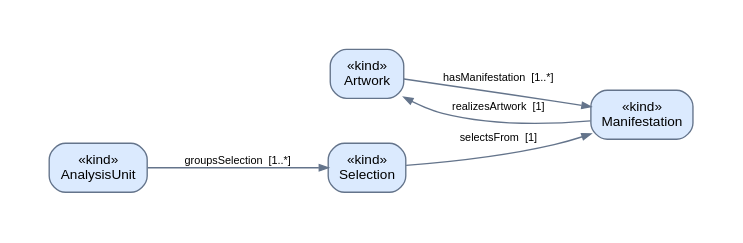
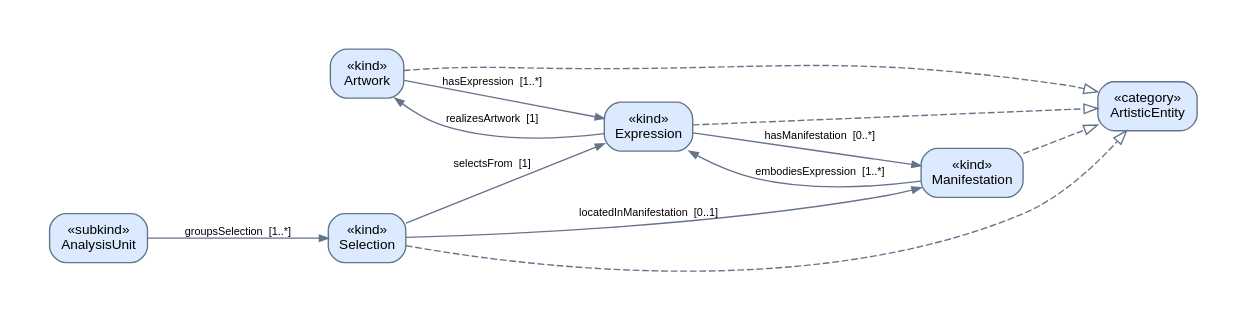
One commit to jeffersonspeck/artistic-reality-ontology changed the diagram in model/diagrams/artwork.dot. Above: the diagram before and after it, drawn with Graphviz. The commit also changed 158 other files, not shown here.

```diff
--- a/model/diagrams/artwork.dot
+++ b/model/diagrams/artwork.dot
@@ -1,14 +1,23 @@
 // Generated by scripts/build.py from model/conceptual-model.json. Do not edit by hand.
 digraph ontology {
 graph [rankdir=LR, bgcolor="white", pad="0.4", nodesep="0.35", ranksep="0.75", fontname="Arial"];
 node [shape=box, style="rounded,filled", color="#64748b", fontname="Arial", fontsize=10];
 edge [color="#64748b", fontname="Arial", fontsize=8];
+"ArtisticEntity" [label="«category»\nArtisticEntity",fillcolor="#dbeafe"];
 "Artwork" [label="«kind»\nArtwork",fillcolor="#dbeafe"];
+"Expression" [label="«kind»\nExpression",fillcolor="#dbeafe"];
 "Manifestation" [label="«kind»\nManifestation",fillcolor="#dbeafe"];
 "Selection" [label="«kind»\nSelection",fillcolor="#dbeafe"];
-"AnalysisUnit" [label="«kind»\nAnalysisUnit",fillcolor="#dbeafe"];
-"Artwork" -> "Manifestation" [label="hasManifestation  [1..*]",arrowsize=.65];
-"Manifestation" -> "Artwork" [label="realizesArtwork  [1]",arrowsize=.65];
-"Selection" -> "Manifestation" [label="selectsFrom  [1]",arrowsize=.65];
+"AnalysisUnit" [label="«subkind»\nAnalysisUnit",fillcolor="#dbeafe"];
+"Artwork" -> "Expression" [label="hasExpression  [1..*]",arrowsize=.65];
+"Expression" -> "Artwork" [label="realizesArtwork  [1]",arrowsize=.65];
+"Expression" -> "Manifestation" [label="hasManifestation  [0..*]",arrowsize=.65];
+"Manifestation" -> "Expression" [label="embodiesExpression  [1..*]",arrowsize=.65];
+"Selection" -> "Expression" [label="selectsFrom  [1]",arrowsize=.65];
+"Selection" -> "Manifestation" [label="locatedInManifestation  [0..1]",arrowsize=.65];
 "AnalysisUnit" -> "Selection" [label="groupsSelection  [1..*]",arrowsize=.65];
+"Artwork" -> "ArtisticEntity" [arrowhead=empty,style=dashed];
+"Expression" -> "ArtisticEntity" [arrowhead=empty,style=dashed];
+"Manifestation" -> "ArtisticEntity" [arrowhead=empty,style=dashed];
+"Selection" -> "ArtisticEntity" [arrowhead=empty,style=dashed];
 }
```
